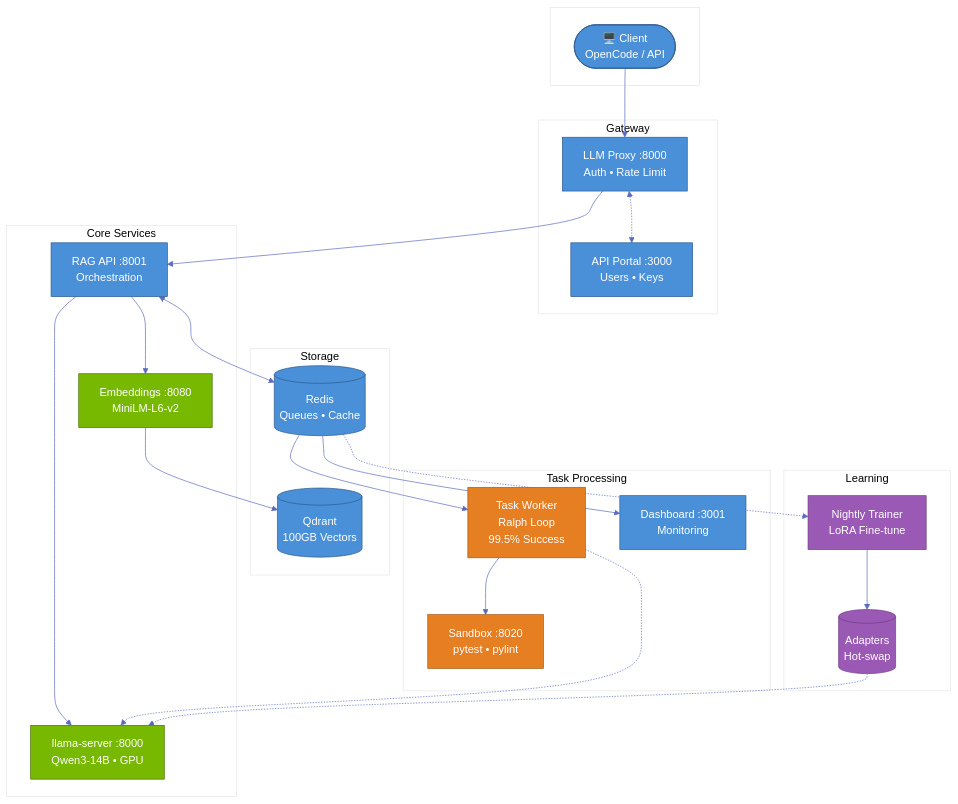
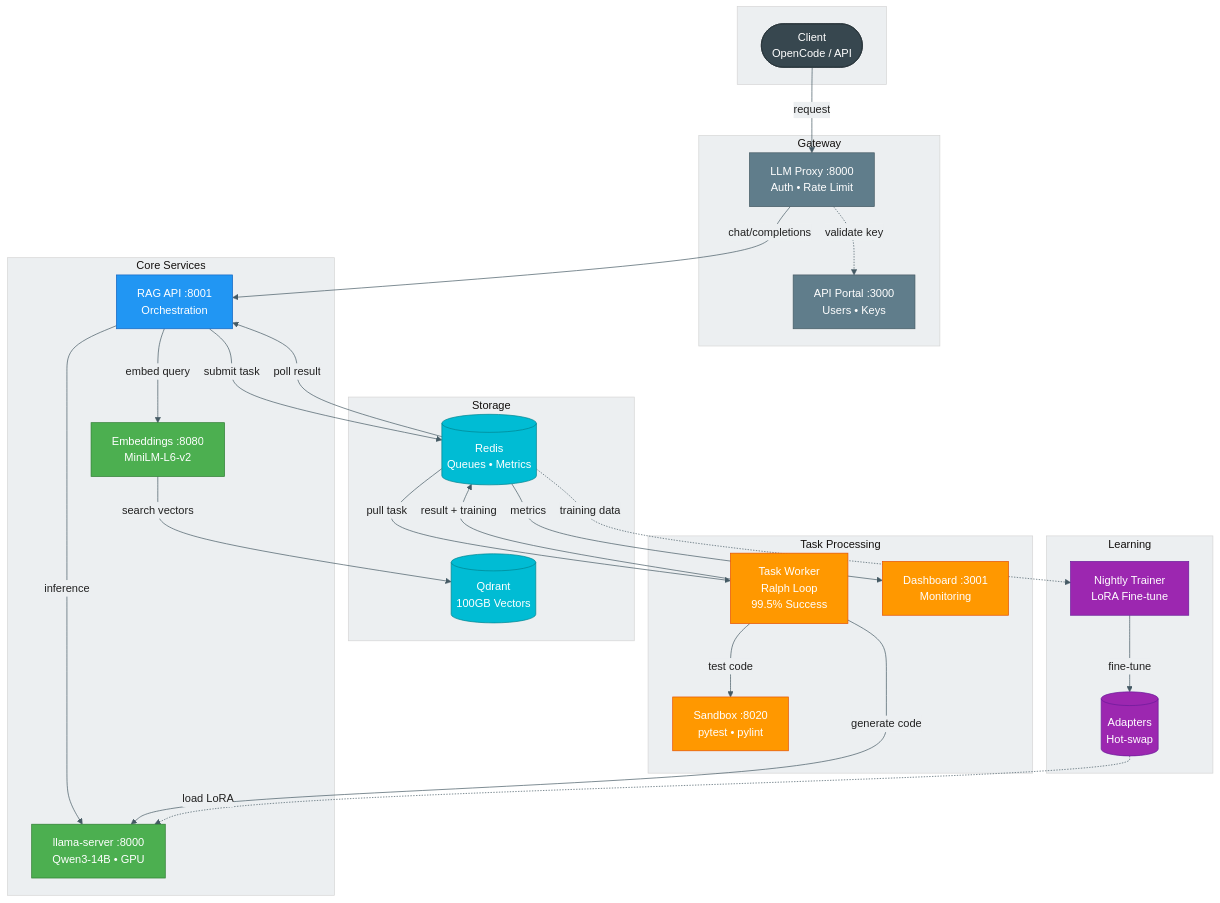
The diagram in docs/architecture-diagram.md (itigges22/ATLAS), drawn with Mermaid before and after one commit. The commit also changed 1 other file, not shown here.

Commit message:
docs: Architecture Diagrams with improved WACG readability on both README.md and docs/architecture-diagram.md

````diff
--- a/docs/architecture-diagram.md
+++ b/docs/architecture-diagram.md
@@ -5,51 +5,59 @@
 ```mermaid
-%%{init: {'theme': 'base', 'themeVariables': { 'primaryColor': '#4A90D9', 'primaryTextColor': '#fff', 'primaryBorderColor': '#2E5A8B', 'lineColor': '#5C6BC0', 'secondaryColor': '#E8EAF6', 'tertiaryColor': '#fff'}}}%%
+%%{init: {'theme': 'base', 'themeVariables': { 'primaryColor': '#2196F3', 'primaryTextColor': '#212121', 'primaryBorderColor': '#1565C0', 'lineColor': '#455A64', 'secondaryColor': '#E3F2FD', 'tertiaryColor': '#ECEFF1', 'edgeLabelBackground': '#ECEFF1'}}}%%
 flowchart TB
     subgraph external[" "]
-        client(["🖥️ Client<br/>OpenCode / API"])
+        client(["Client<br/>OpenCode / API"])
     end
     subgraph gateway["Gateway"]
         proxy["LLM Proxy :8000<br/>Auth • Rate Limit"]
         portal["API Portal :3000<br/>Users • Keys"]
     end
     subgraph core["Core Services"]
         rag["RAG API :8001<br/>Orchestration"]
         llama["llama-server :8000<br/>Qwen3-14B • GPU"]
         embed["Embeddings :8080<br/>MiniLM-L6-v2"]
     end
     subgraph data["Storage"]
         qdrant[("Qdrant<br/>100GB Vectors")]
-        redis[("Redis<br/>Queues • Cache")]
+        redis[("Redis<br/>Queues • Metrics")]
     end
     subgraph atlas["Task Processing"]
         worker["Task Worker<br/>Ralph Loop<br/>99.5% Success"]
         sandbox["Sandbox :8020<br/>pytest • pylint"]
         dash["Dashboard :3001<br/>Monitoring"]
     end
     subgraph learn["Learning"]
         trainer["Nightly Trainer<br/>LoRA Fine-tune"]
         lora[("Adapters<br/>Hot-swap")]
     end
-    client --> proxy
-    proxy <-.-> portal
-    proxy --> rag
-    rag --> llama
-    rag --> embed
-    embed --> qdrant
-    rag <--> redis
-    redis --> worker
-    worker --> sandbox
-    worker -.-> llama
-    redis --> dash
-    redis -.-> trainer
-    trainer --> lora
-    lora -.-> llama
-    classDef gpu fill:#76B900,stroke:#4a7200,color:#fff
-    classDef storage fill:#4A90D9,stroke:#2E5A8B,color:#fff
-    classDef process fill:#E67E22,stroke:#a85a16,color:#fff
-    classDef learn fill:#9B59B6,stroke:#6c3d80,color:#fff
+    client -->|"request"| proxy
+    proxy -.->|"validate key"| portal
+    proxy -->|"chat/completions"| rag
+    rag -->|"inference"| llama
+    rag -->|"embed query"| embed
+    embed -->|"search vectors"| qdrant
+    rag -->|"submit task"| redis
+    redis -->|"poll result"| rag
+    redis -->|"pull task"| worker
+    worker -->|"test code"| sandbox
+    worker -->|"generate code"| llama
+    worker -->|"result + training"| redis
+    redis -->|"metrics"| dash
+    redis -.->|"training data"| trainer
+    trainer -->|"fine-tune"| lora
+    lora -.->|"load LoRA"| llama
+    classDef client fill:#37474F,stroke:#263238,color:#fff
+    classDef gateway fill:#607D8B,stroke:#455A64,color:#fff
+    classDef core fill:#2196F3,stroke:#1565C0,color:#fff
+    classDef gpu fill:#4CAF50,stroke:#2E7D32,color:#fff
+    classDef storage fill:#00BCD4,stroke:#00838F,color:#fff
+    classDef process fill:#FF9800,stroke:#E65100,color:#fff
+    classDef learn fill:#9C27B0,stroke:#6A1B9A,color:#fff
+    class client client
+    class proxy,portal gateway
+    class rag core
     class llama,embed gpu
     class qdrant,redis storage
-    class worker,sandbox process
+    class worker,sandbox,dash process
     class trainer,lora learn
 ```
````
